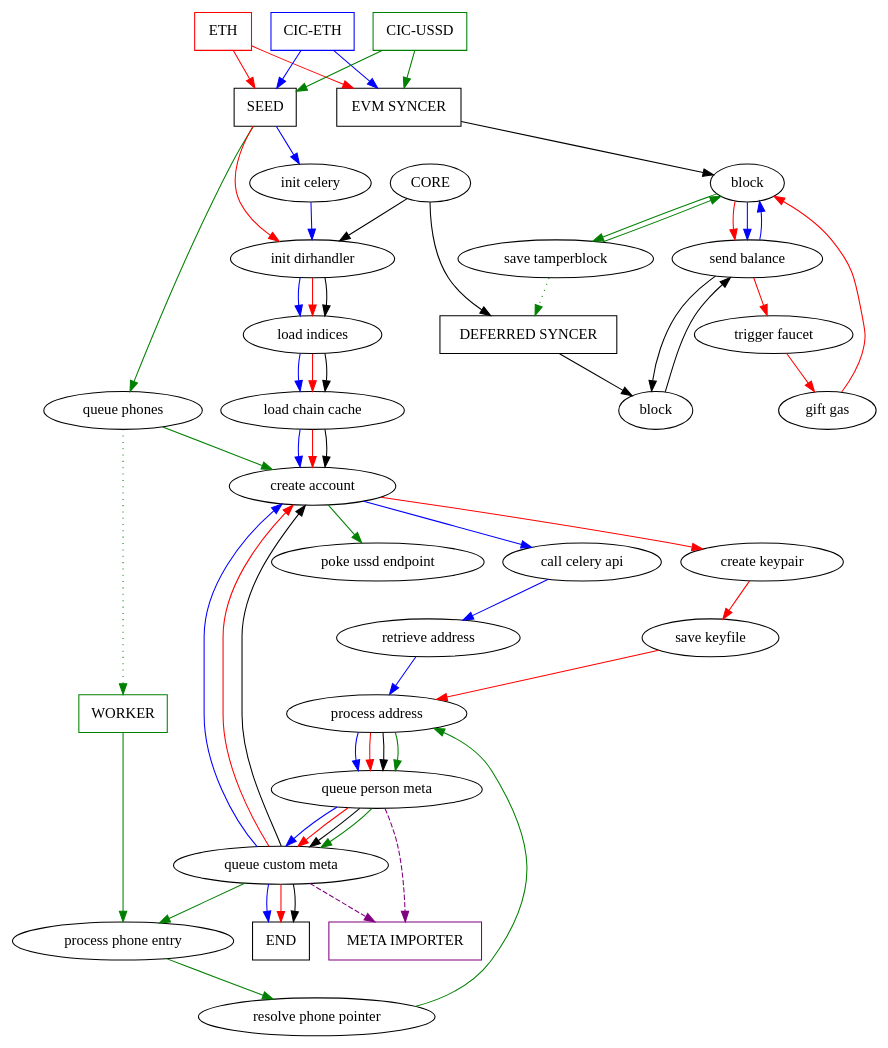
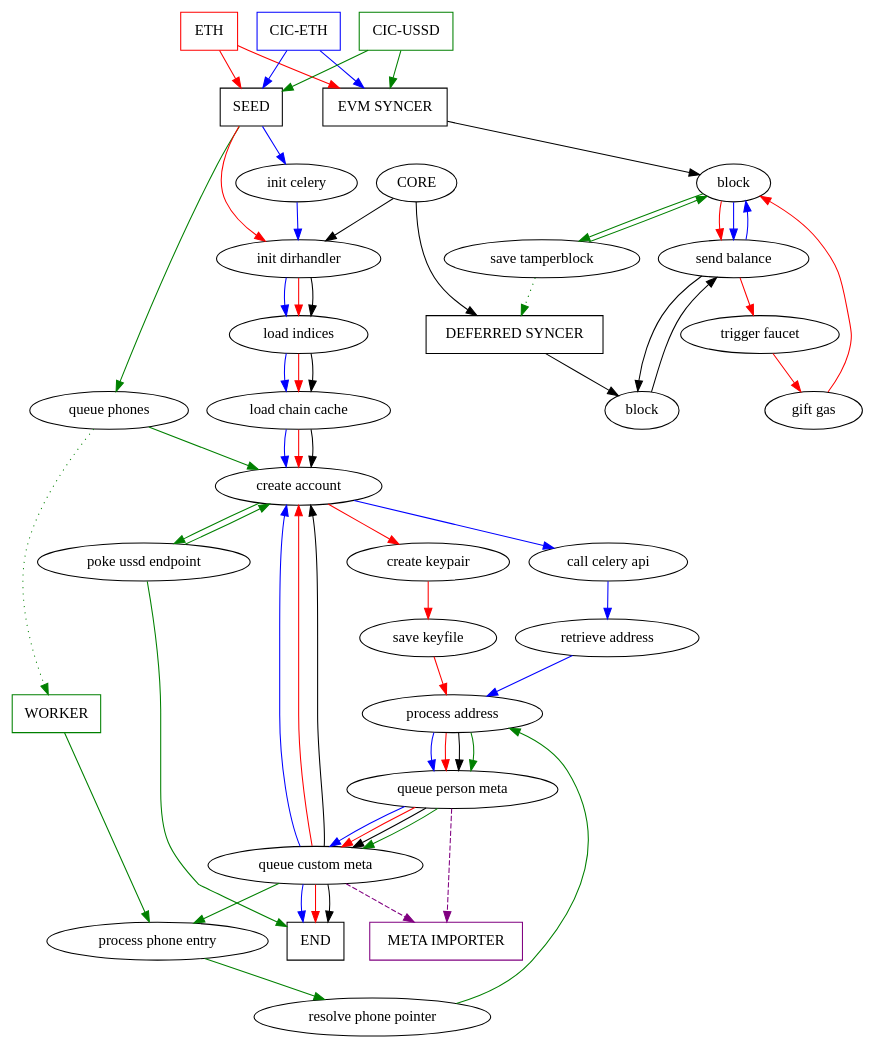
One commit to grassrootseconomics/cic-stack changed the diagram in apps/data-seeding/doc/seed.dot. Above: the diagram before and after it, drawn with Graphviz. The commit also changed 1 other file, not shown here.

Commit message:
Minor diagram edits

```diff
--- a/apps/data-seeding/doc/seed.dot
+++ b/apps/data-seeding/doc/seed.dot
@@ -158,7 +158,9 @@
 
 	cic_eth_create_api -> cic_eth_create_get -> core_address [ color = "blue" ];
 
-	core_create -> cic_ussd_create_poke [ color = "green" ];
+	core_create -> cic_ussd_create_poke -> core_create [ color = "green" ];
+
+	cic_ussd_create_poke -> core_end [ color = "green" ];
 
 	core_address -> core_meta_person -> core_meta_custom -> core_end [ color = "blue" ];
 
```
